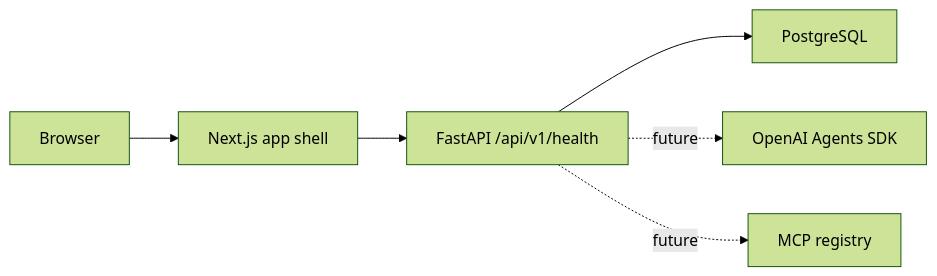
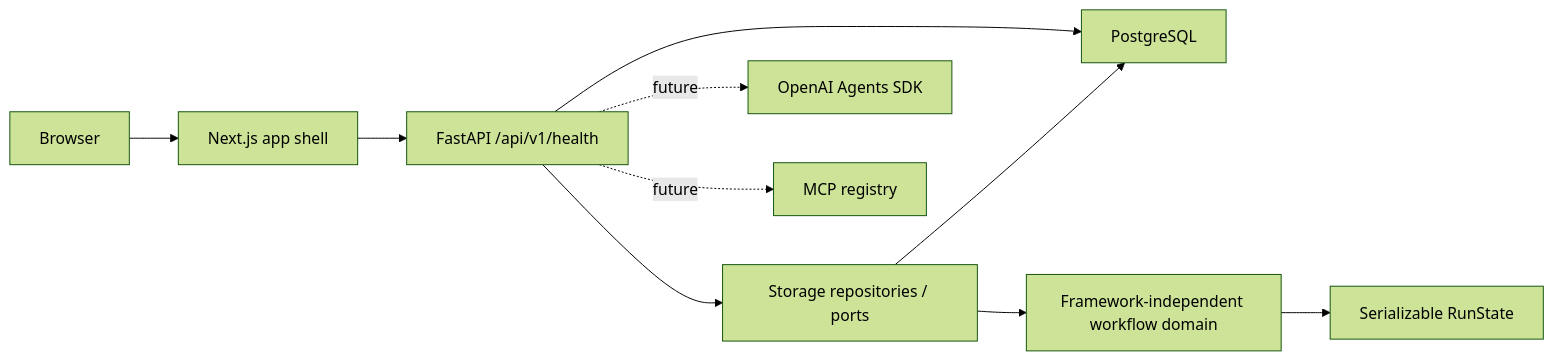
Before and after one commit to qurbaneliii/FlowPilot-MCP---AI-Workflow-Automation-Builder: the diagram in docs/architecture.md, drawn with Mermaid (forest theme). The commit also changed other lines of this file and 34 other files, not shown here.

````diff
--- a/docs/architecture.md
+++ b/docs/architecture.md
@@ -7,8 +7,12 @@
 ```mermaid
 flowchart LR
   Browser["Browser"] --> Frontend["Next.js app shell"]
   Frontend --> Backend["FastAPI /api/v1/health"]
   Backend --> Postgres["PostgreSQL"]
+  Backend --> Storage["Storage repositories / ports"]
+  Storage --> Postgres
+  Storage --> Domain["Framework-independent workflow domain"]
+  Domain --> State["Serializable RunState"]
   Backend -. future .-> Agents["OpenAI Agents SDK"]
   Backend -. future .-> MCP["MCP registry"]
 ```
````
